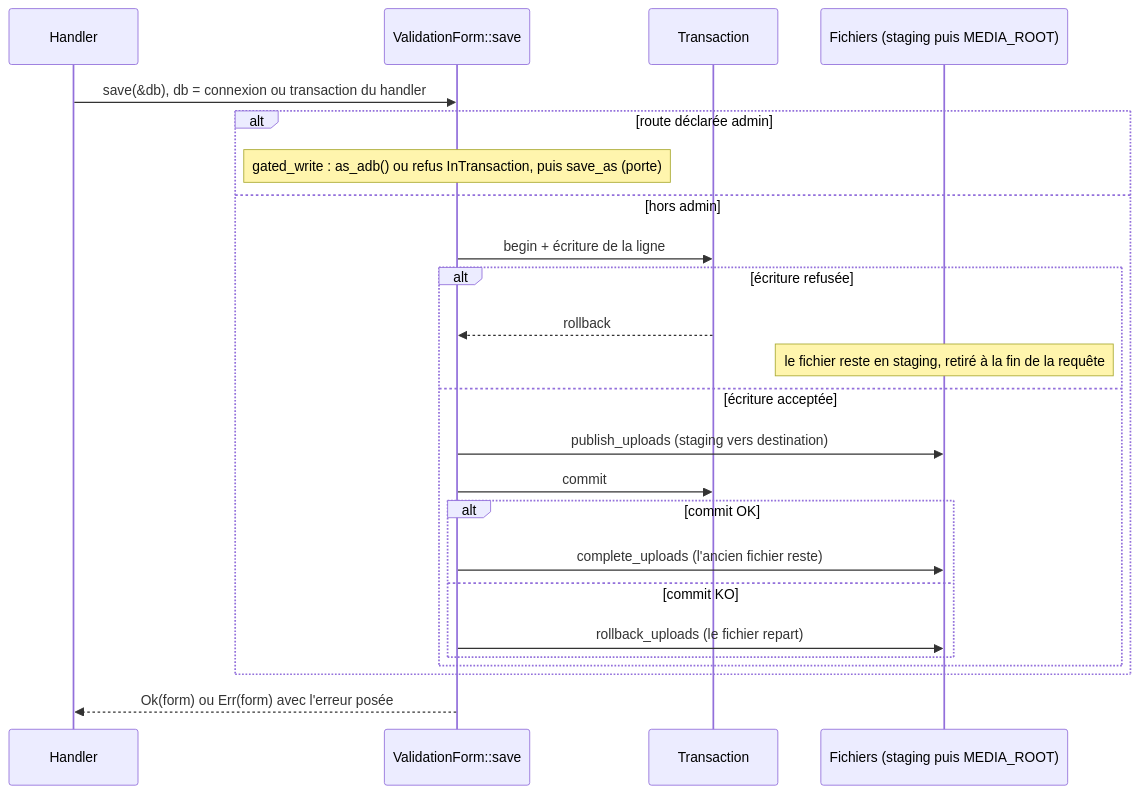
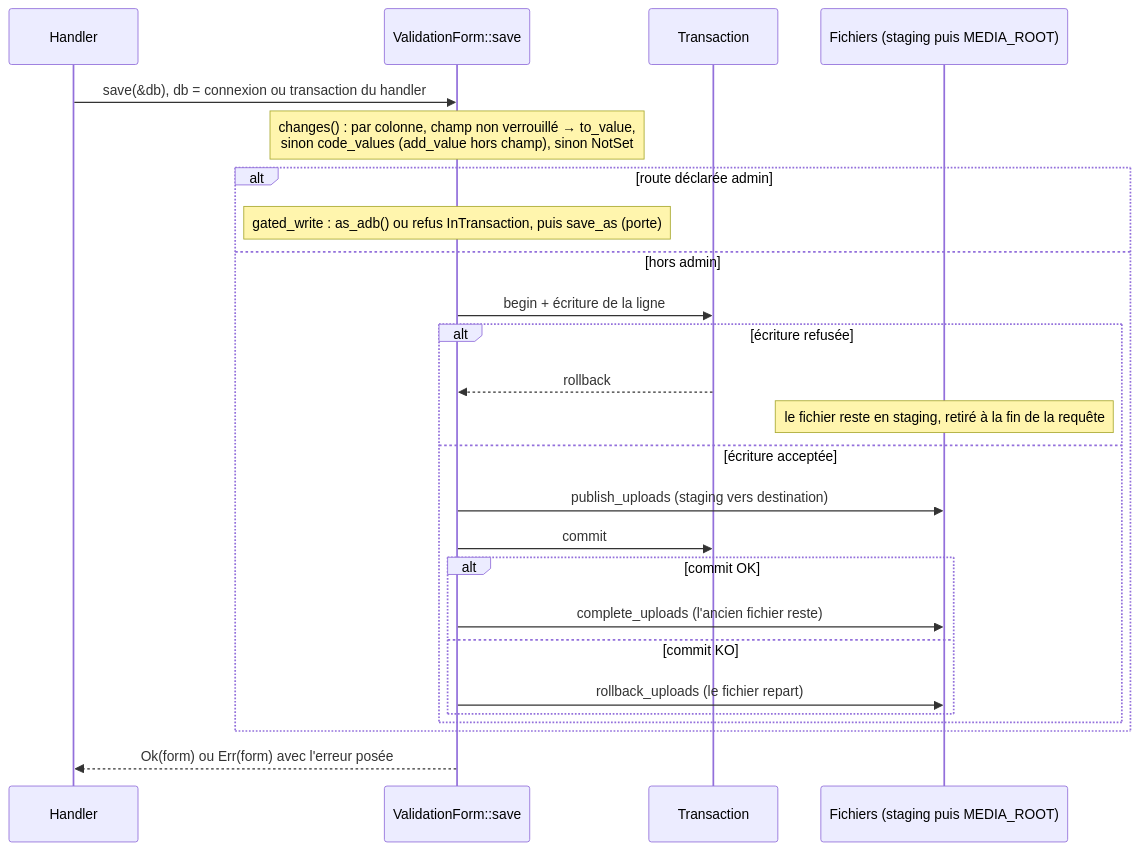
One commit to seb-alliot/runique changed the second of 2 diagrams in diagramme/flux/requete-csrf-upload.md. Above: the diagram before and after it, drawn with Mermaid. The commit also changed other lines of this file and 57 other files, not shown here.

Commit message:
fix few bug && diagramme

````diff
--- a/diagramme/flux/requete-csrf-upload.md
+++ b/diagramme/flux/requete-csrf-upload.md
@@ -44,27 +44,28 @@
 ```mermaid
 sequenceDiagram
     participant H as Handler
     participant V as ValidationForm::save
     participant T as Transaction
     participant FS as Fichiers (staging puis MEDIA_ROOT)
 
     H->>V: save(&db), db = connexion ou transaction du handler
+    Note over V: changes() : par colonne, champ non verrouillé → to_value,<br/>sinon code_values (add_value hors champ), sinon NotSet
     alt route déclarée admin
         Note over V: gated_write : as_adb() ou refus InTransaction, puis save_as (porte)
     else hors admin
         V->>T: begin + écriture de la ligne
         alt écriture refusée
             T-->>V: rollback
             Note over FS: le fichier reste en staging, retiré à la fin de la requête
         else écriture acceptée
             V->>FS: publish_uploads (staging vers destination)
             V->>T: commit
             alt commit OK
                 V->>FS: complete_uploads (l'ancien fichier reste)
             else commit KO
                 V->>FS: rollback_uploads (le fichier repart)
             end
         end
     end
     V-->>H: Ok(form) ou Err(form) avec l'erreur posée
 ```
````
